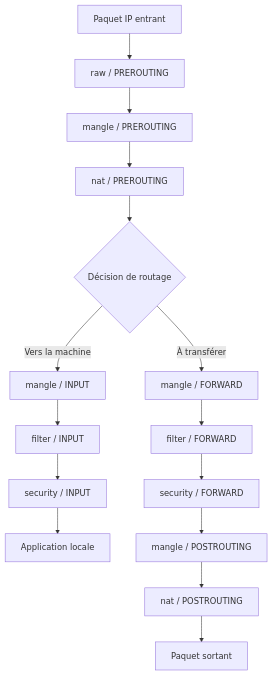
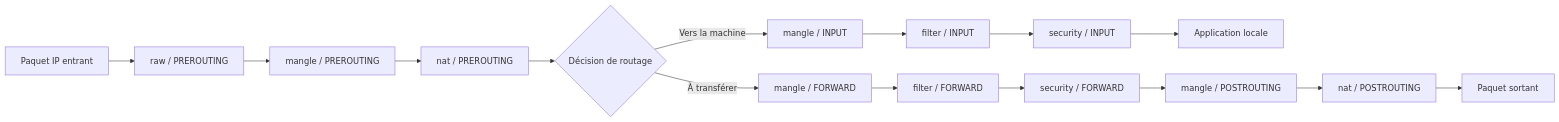
Before and after one commit to ophenix-maisonneuve/420-950-ma-site-web: the first of 2 diagrams in _notes/durcissement/firewall/iptables.md, drawn with Mermaid. The commit also changed other lines of this file, not shown here.

Commit message:
Correction de l'orientation des diagrammes iptables

````diff
--- a/_notes/durcissement/firewall/iptables.md
+++ b/_notes/durcissement/firewall/iptables.md
@@ -53,19 +53,19 @@
 ```mermaid
-flowchart TD
+flowchart LR
     A[Paquet IP entrant] --> B[raw / PREROUTING]
     B --> C[mangle / PREROUTING]
     C --> D[nat / PREROUTING]
     D --> E{Décision de routage}
 
     E -->|Vers la machine| F[mangle / INPUT]
     F --> G[filter / INPUT]
     G --> H[security / INPUT]
     H --> I[Application locale]
 
     E -->|À transférer| J[mangle / FORWARD]
     J --> K[filter / FORWARD]
     K --> L[security / FORWARD]
     L --> M[mangle / POSTROUTING]
     M --> N[nat / POSTROUTING]
     N --> O[Paquet sortant]
 ```
````
